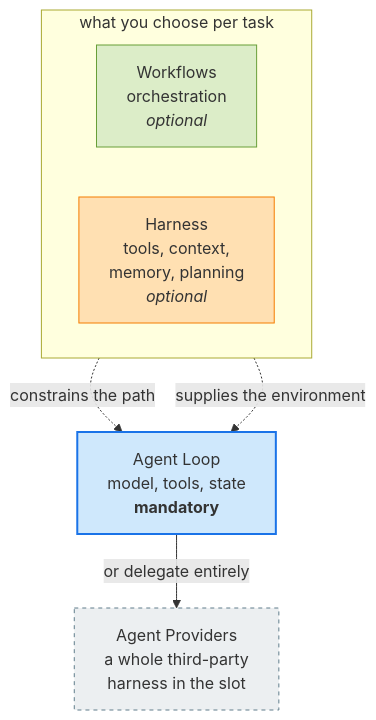
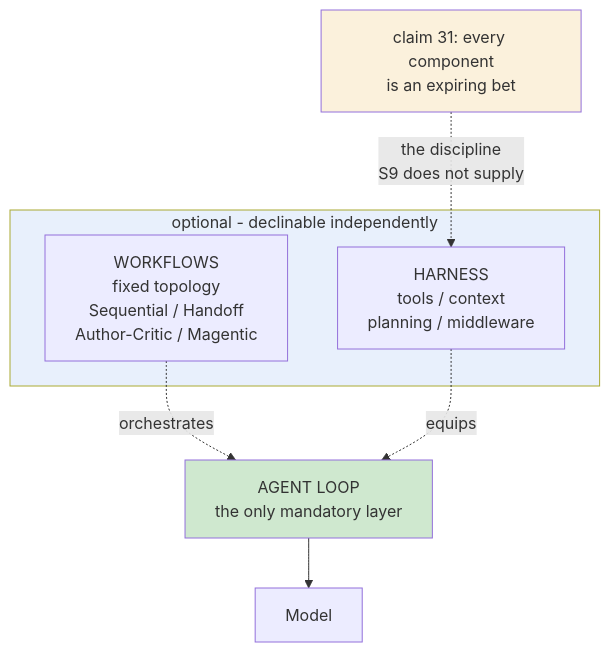
One commit to 0xchamin/mincha_brain changed the second of 2 diagrams in sources/260801_agent-framework-layered-sdk/LEARNING.md. Above: the diagram before and after it, drawn with Mermaid. The commit also changed other lines of this file and 7 other files, not shown here.

````diff
--- a/sources/260801_agent-framework-layered-sdk/LEARNING.md
+++ b/sources/260801_agent-framework-layered-sdk/LEARNING.md
@@ -206,19 +281,16 @@
 ```mermaid
 flowchart TB
-    subgraph choose["what you choose per task"]
-        direction LR
-        W["Workflows<br/>orchestration<br/><i>optional</i>"]
-        H["Harness<br/>tools, context,<br/>memory, planning<br/><i>optional</i>"]
+    subgraph OPT["optional - declinable independently"]
+        W["WORKFLOWS<br/>fixed topology<br/>Sequential / Handoff<br/>Author-Critic / Magentic"]
+        H["HARNESS<br/>tools / context<br/>planning / middleware"]
     end
-    L["Agent Loop<br/>model, tools, state<br/><b>mandatory</b>"]
-    P["Agent Providers<br/>a whole third-party<br/>harness in the slot"]
+    L["AGENT LOOP<br/>the only mandatory layer"]
+    W -.->|"orchestrates"| L
+    H -.->|"equips"| L
+    L --> M["Model"]
+    C31["claim 31: every component<br/>is an expiring bet"] -.->|"the discipline<br/>S9 does not supply"| H
 
-    W -.->|"constrains the path"| L
-    H -.->|"supplies the environment"| L
-    L -->|"or delegate entirely"| P
-
-    style L fill:#cfe8fc,stroke:#1a73e8,stroke-width:2px
-    style W fill:#dcedc8,stroke:#689f38
-    style H fill:#ffe0b2,stroke:#f57c00
-    style P fill:#eceff1,stroke:#607d8b,stroke-dasharray: 4 4
+    style L fill:#cfe8cf
+    style OPT fill:#e8f0fc
+    style C31 fill:#fbf1dc
 ```
````
